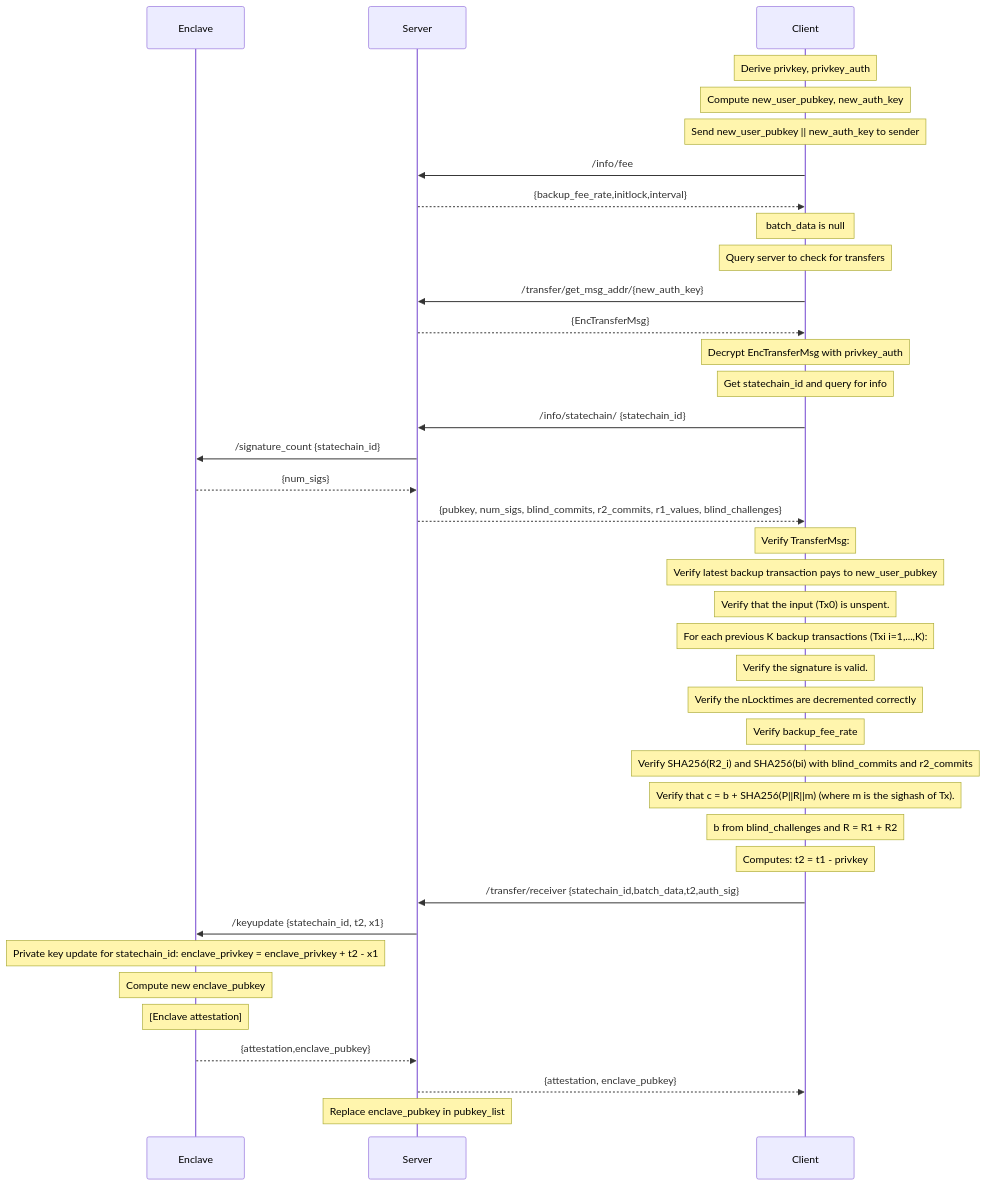
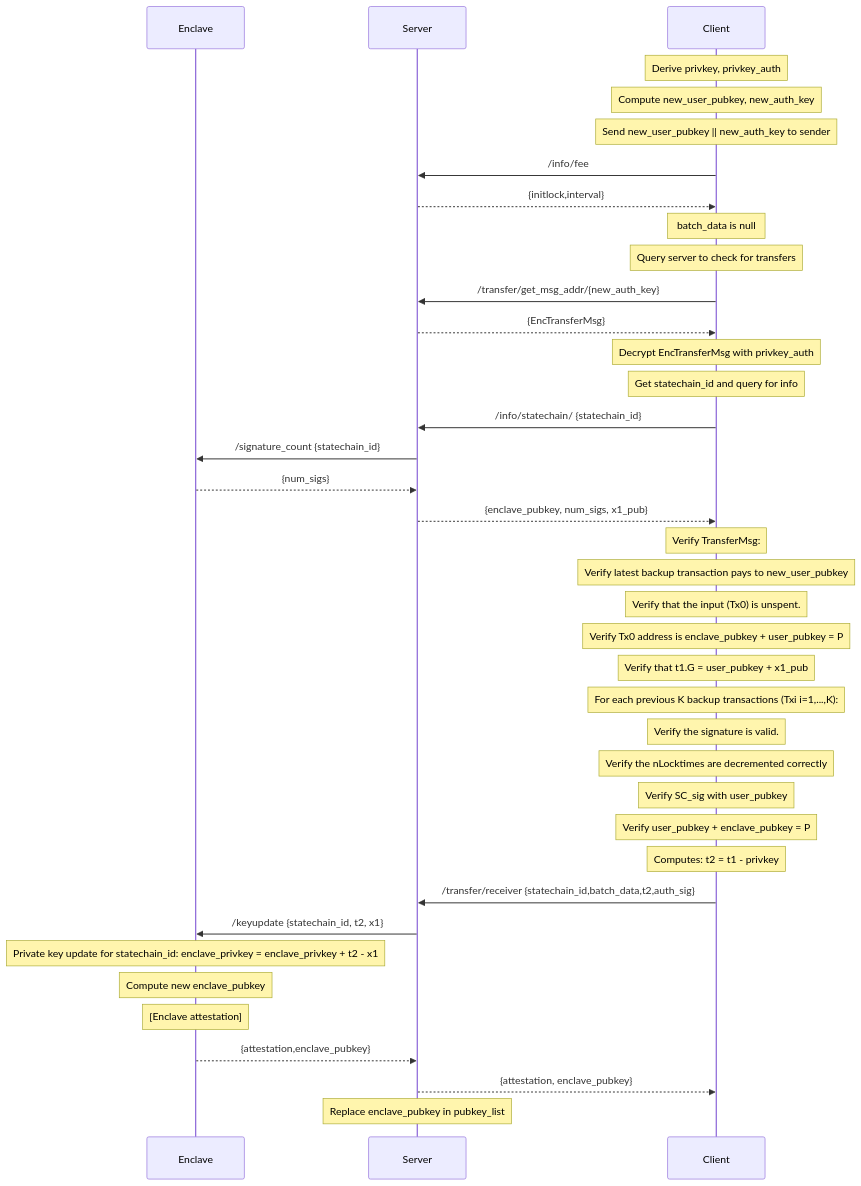
The diagram in docs/transfer_receiver_sequence.md (commerceblock/mercurylayer), drawn with Mermaid before and after one commit. The commit also changed 548 other files, not shown here.

````diff
--- a/docs/transfer_receiver_sequence.md
+++ b/docs/transfer_receiver_sequence.md
@@ -3,40 +3,40 @@
 ```mermaid
 sequenceDiagram
     participant Enclave
     participant Server
     participant Client
     note over Client: Derive privkey, privkey_auth
     note over Client: Compute new_user_pubkey, new_auth_key
     note over Client: Send new_user_pubkey || new_auth_key to sender
     Client->>Server: /info/fee
-    Server-->>Client: {backup_fee_rate,initlock,interval}
+    Server-->>Client: {initlock,interval}
     note over Client: batch_data is null
     note over Client: Query server to check for transfers
     Client->>Server: /transfer/get_msg_addr/{new_auth_key}
     Server-->>Client: {EncTransferMsg}
     note over Client: Decrypt EncTransferMsg with privkey_auth
     note over Client: Get statechain_id and query for info
     Client->>Server: /info/statechain/ {statechain_id}
     Server->>Enclave: /signature_count {statechain_id}
     Enclave-->>Server: {num_sigs}
-    Server-->>Client: {pubkey, num_sigs, blind_commits, r2_commits, r1_values, blind_challenges}
+    Server-->>Client: {enclave_pubkey, num_sigs, x1_pub}
     note over Client: Verify TransferMsg:
     note over Client: Verify latest backup transaction pays to new_user_pubkey
     note over Client: Verify that the input (Tx0) is unspent.
+    note over Client: Verify Tx0 address is enclave_pubkey + user_pubkey = P
+    note over Client: Verify that t1.G = user_pubkey + x1_pub
     note over Client: For each previous K backup transactions (Txi i=1,...,K):
-    note over Client: Verify the signature is valid.
-    note over Client: Verify the nLocktimes are decremented correctly
-    note over Client: Verify backup_fee_rate
-    note over Client: Verify SHA256(R2_i) and SHA256(bi) with blind_commits and r2_commits
-    note over Client: Verify that c = b + SHA256(P||R||m) (where m is the sighash of Tx).
-    note over Client: b from blind_challenges and R = R1 + R2
+    note over Client:   Verify the signature is valid.
+    note over Client:   Verify the nLocktimes are decremented correctly
+    note over Client: Verify SC_sig with user_pubkey
+    note over Client: Verify user_pubkey + enclave_pubkey = P
     note over Client: Computes: t2 = t1 - privkey
     Client->>Server: /transfer/receiver {statechain_id,batch_data,t2,auth_sig}
     Server->>Enclave: /keyupdate {statechain_id, t2, x1}
     note over Enclave: Private key update for statechain_id: enclave_privkey = enclave_privkey + t2 - x1
     note over Enclave: Compute new enclave_pubkey
     note over Enclave: [Enclave attestation]
     Enclave-->>Server: {attestation,enclave_pubkey}
     Server-->>Client: {attestation, enclave_pubkey}
     note over Server: Replace enclave_pubkey in pubkey_list
 ```
````
